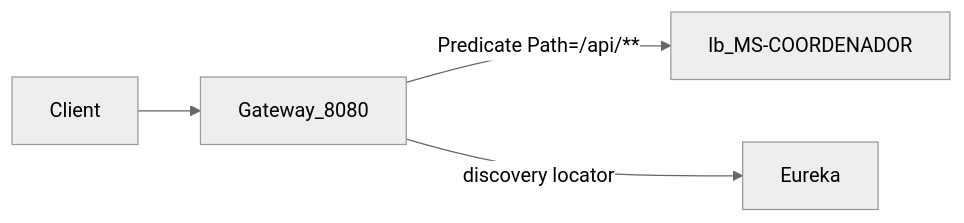
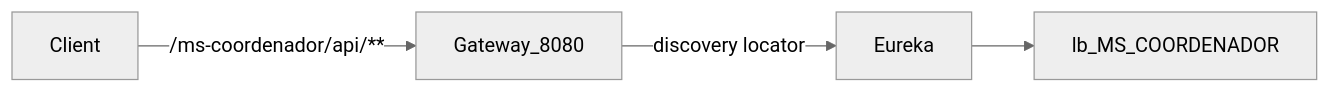
One commit to maycon-mdrs/ai-powered-web-application changed the fourth of 4 diagrams in docs/01-plataforma.md. Above: the diagram before and after it, drawn with Mermaid (neutral theme). The commit also changed other lines of this file and 47 other files, not shown here.

````diff
--- a/docs/01-plataforma.md
+++ b/docs/01-plataforma.md
@@ -105,6 +103,6 @@
 ```mermaid
 flowchart LR
-  Client --> GW[Gateway_8080]
-  GW -->|"Predicate Path=/api/**"| MS1[lb_MS-COORDENADOR]
+  Client -->|"/ms-coordenador/api/**"| GW[Gateway_8080]
   GW -->|"discovery locator"| Eureka
+  Eureka --> MS1[lb_MS_COORDENADOR]
 ```
````
